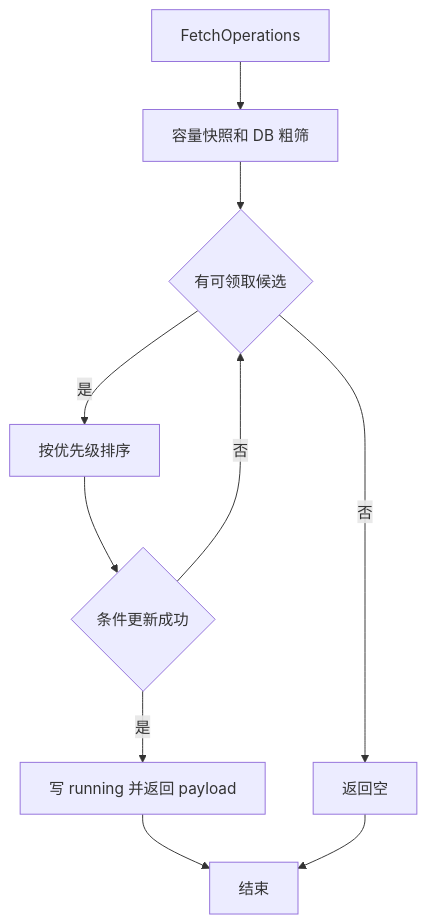
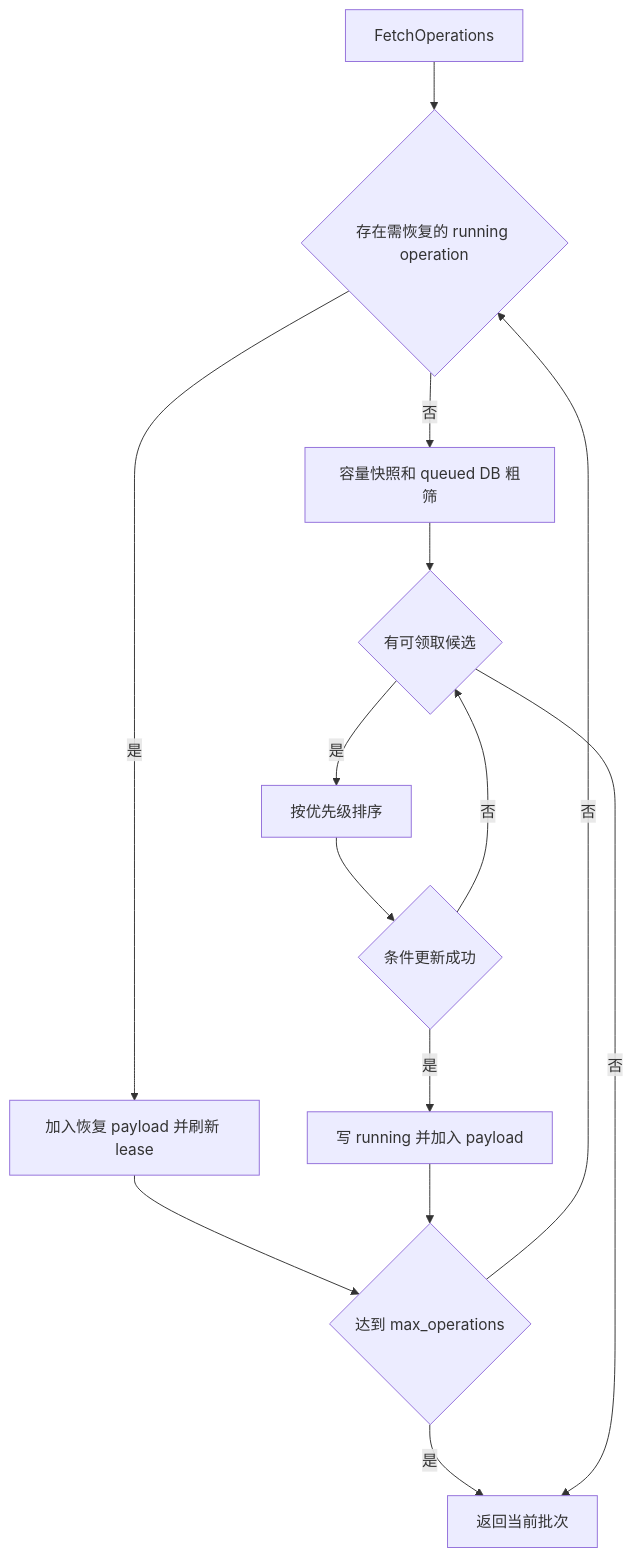
Before and after one commit to ExplodingDragon/gitea-dev: the third of 4 diagrams in src/state-machine.md, drawn with Mermaid. The commit also changed other lines of this file and 9 other files, not shown here.

````diff
--- a/src/state-machine.md
+++ b/src/state-machine.md
@@ -230,21 +269,27 @@
 ```mermaid
 flowchart TD
     fetch["FetchOperations"]
-    prepare["容量快照和 DB 粗筛"]
+    recover{"存在需恢复的 running operation"}
+    resend["加入恢复 payload 并刷新 lease"]
+    limit{"达到 max_operations"}
+    prepare["容量快照和 queued DB 粗筛"]
     filter{"有可领取候选"}
     sort["按优先级排序"]
     claim{"条件更新成功"}
-    payload["写 running 并返回 payload"]
-    empty["返回空"]
-    done["结束"]
+    payload["写 running 并加入 payload"]
+    done["返回当前批次"]
 
-    fetch --> prepare
+    fetch --> recover
+    recover -- 是 --> resend
+    resend --> limit
+    recover -- 否 --> prepare
+    limit -- 是 --> done
+    limit -- 否 --> recover
     prepare --> filter
-    filter -- 否 --> empty
+    filter -- 否 --> done
     filter -- 是 --> sort
     sort --> claim
     claim -- 否 --> filter
     claim -- 是 --> payload
-    payload --> done
-    empty --> done
+    payload --> limit
 ```
````
